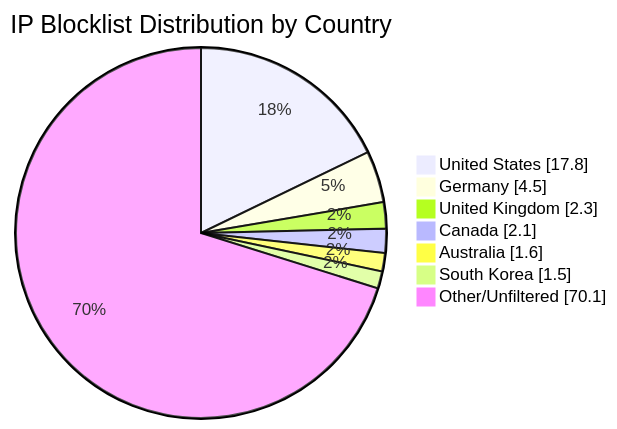
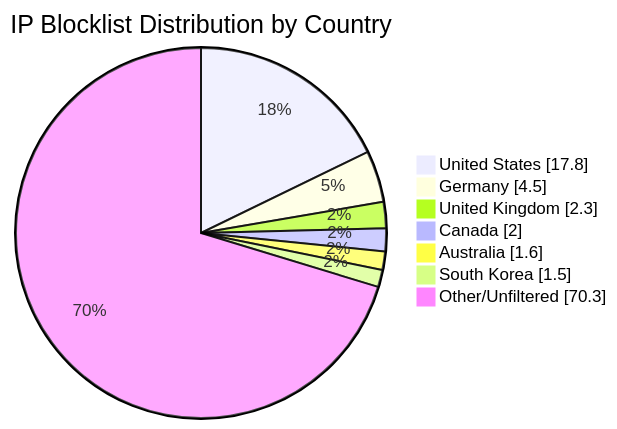
Before and after one commit to MarcusHoltz/ipblocklist-geofiltered-aggregator: the diagram in README.md, drawn with Mermaid. The commit also changed other lines of this file and 9 other files, not shown here.

````diff
--- a/README.md
+++ b/README.md
@@ -34,10 +34,10 @@
 ```mermaid
 pie showData title IP Blocklist Distribution by Country
 "United States" : 17.8
 "Germany" : 4.5
 "United Kingdom" : 2.3
-"Canada" : 2.1
+"Canada" : 2.0
 "Australia" : 1.6
 "South Korea" : 1.5
-"Other/Unfiltered" : 70.1
+"Other/Unfiltered" : 70.3
 ```
````
